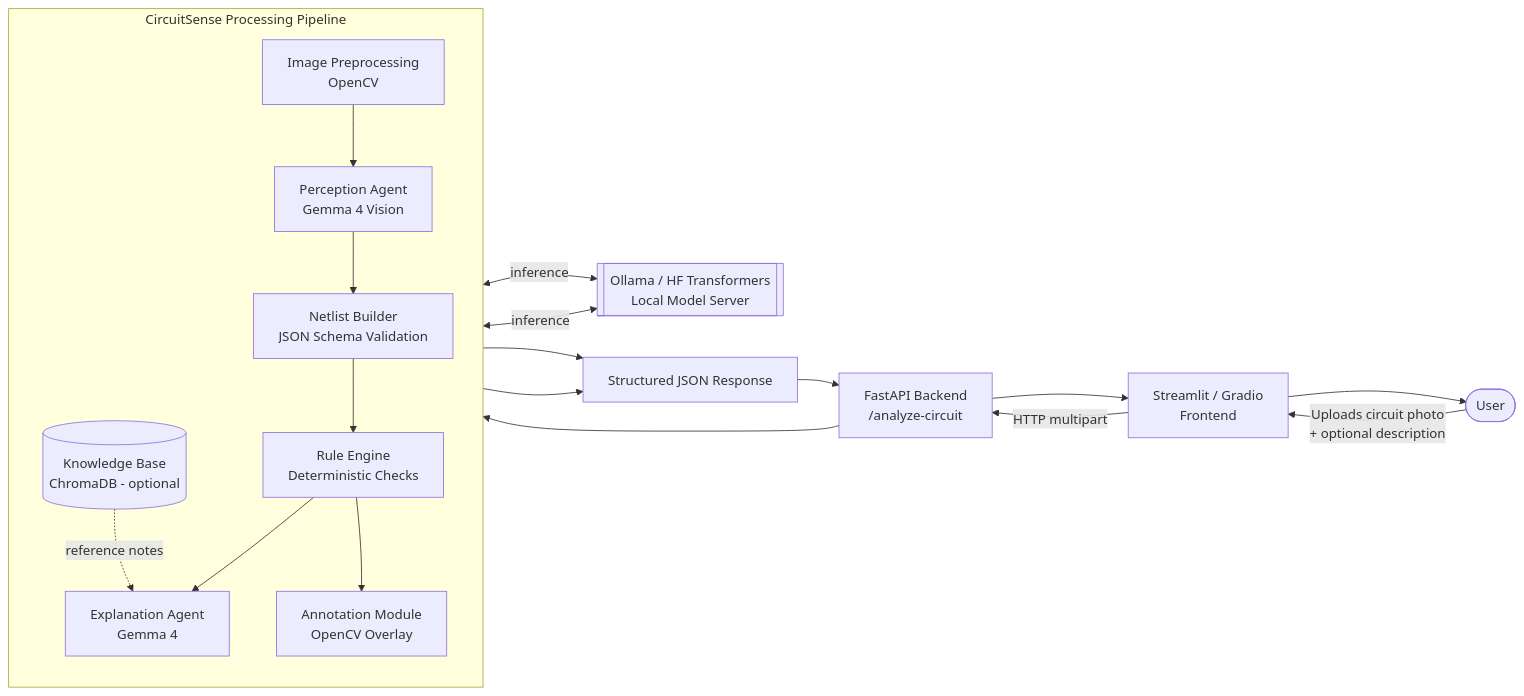
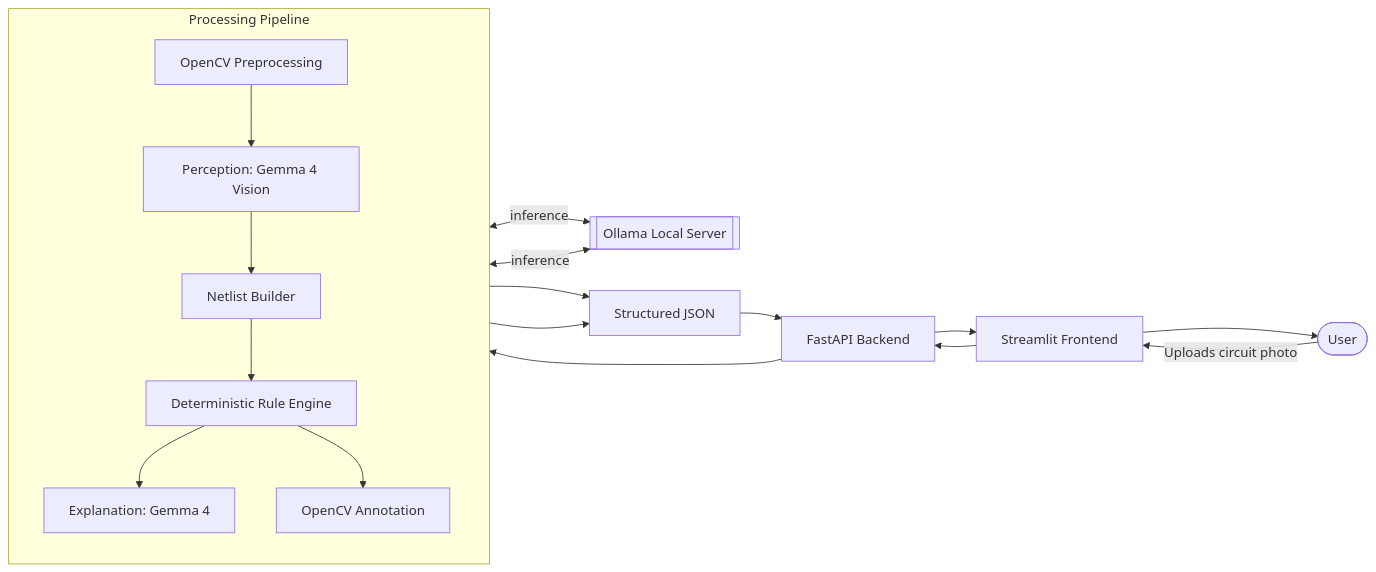
The diagram in README.md (indkingffb-cell/CircuitSense), drawn with Mermaid before and after one commit. The commit also changed other lines of this file, not shown here.

````diff
--- a/README.md
+++ b/README.md
@@ -181,29 +43,28 @@
 ```mermaid
 flowchart LR
-    U([User]) -->|Uploads circuit photo<br/>+ optional description| UI[Streamlit / Gradio<br/>Frontend]
-    UI -->|HTTP multipart| API[FastAPI Backend<br/>/analyze-circuit]
+    U([User]) -->|Uploads circuit photo| UI[Streamlit Frontend]
+    UI --> API[FastAPI Backend]
 
-    subgraph PIPE[CircuitSense Processing Pipeline]
+    subgraph Pipeline [Processing Pipeline]
         direction TB
-        PRE[Image Preprocessing<br/>OpenCV]
-        PERC[Perception Agent<br/>Gemma 4 Vision]
-        NET[Netlist Builder<br/>JSON Schema Validation]
-        RULES[Rule Engine<br/>Deterministic Checks]
-        RAG[(Knowledge Base<br/>ChromaDB - optional)]
-        EXPL[Explanation Agent<br/>Gemma 4]
-        ANN[Annotation Module<br/>OpenCV Overlay]
+        PRE[OpenCV Preprocessing]
+        PERC[Perception: Gemma 4 Vision]
+        NET[Netlist Builder]
+        RULES[Deterministic Rule Engine]
+        EXPL[Explanation: Gemma 4]
+        ANN[OpenCV Annotation]
+        
         PRE --> PERC --> NET --> RULES
         RULES --> EXPL
-        RAG -.->|reference notes| EXPL
         RULES --> ANN
     end
 
     API --> PRE
-    OLL[[Ollama / HF Transformers<br/>Local Model Server]]
+    OLL[[Ollama Local Server]]
     PERC <-->|inference| OLL
     EXPL <-->|inference| OLL
 
-    EXPL --> RESP[Structured JSON Response]
+    EXPL --> RESP[Structured JSON]
     ANN --> RESP
     RESP --> API --> UI --> U
 ```
````
